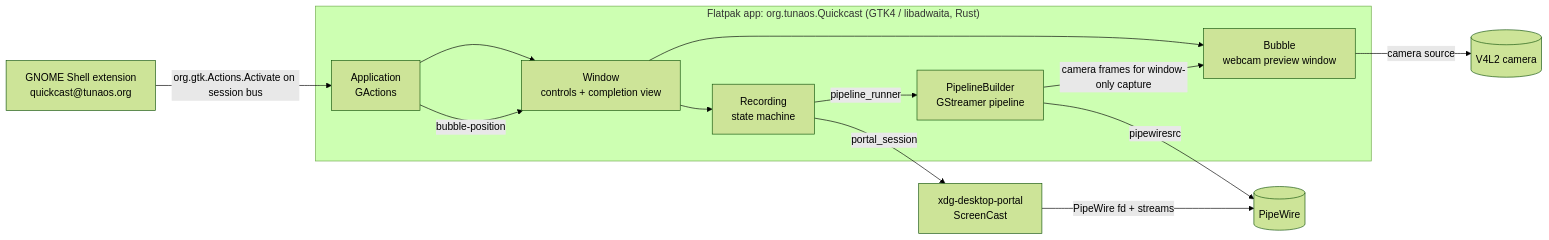
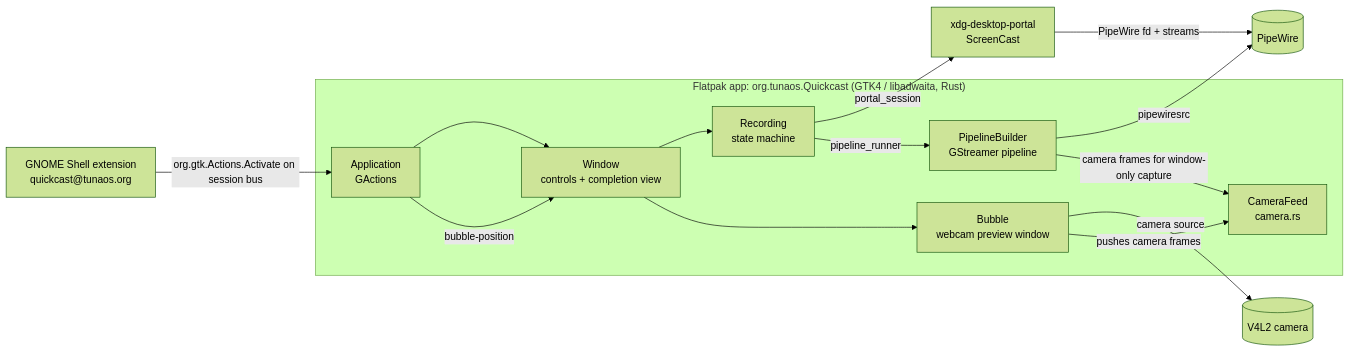
The diagram in docs/quickcast/ARCHITECTURE.md (tuna-os/docs), drawn with Mermaid (forest theme) before and after one commit. The commit also changed other lines of this file and 221 other files, not shown here.

````diff
--- a/docs/quickcast/ARCHITECTURE.md
+++ b/docs/quickcast/ARCHITECTURE.md
@@ -13,26 +13,28 @@
 ```mermaid
 flowchart LR
     subgraph App["Flatpak app: org.tunaos.Quickcast (GTK4 / libadwaita, Rust)"]
         APP[Application<br/>GActions]
         WIN[Window<br/>controls + completion view]
         REC[Recording<br/>state machine]
         BUB[Bubble<br/>webcam preview window]
         PIPE[PipelineBuilder<br/>GStreamer pipeline]
+        CAM[CameraFeed<br/>camera.rs]
     end
     PORTAL[xdg-desktop-portal<br/>ScreenCast]
     PW[(PipeWire)]
     V4L[(V4L2 camera)]
     EXT[GNOME Shell extension<br/>quickcast@tunaos.org]
 
     APP --> WIN
     WIN --> REC
     WIN --> BUB
     REC -->|portal_session| PORTAL
     PORTAL -->|PipeWire fd + streams| PW
     REC -->|pipeline_runner| PIPE
     PIPE -->|pipewiresrc| PW
     BUB -->|camera source| V4L
-    PIPE -->|camera frames for window-only capture| BUB
+    BUB -->|pushes camera frames| CAM
+    PIPE -->|camera frames for window-only capture| CAM
     EXT -->|org.gtk.Actions.Activate on session bus| APP
     APP -->|bubble-position| WIN
 ```
````
